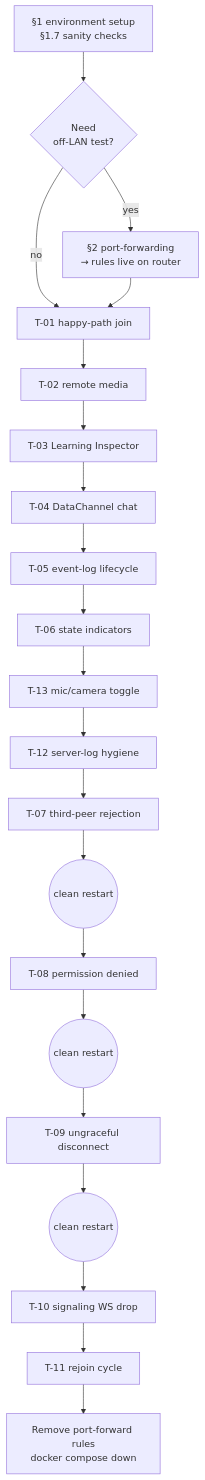
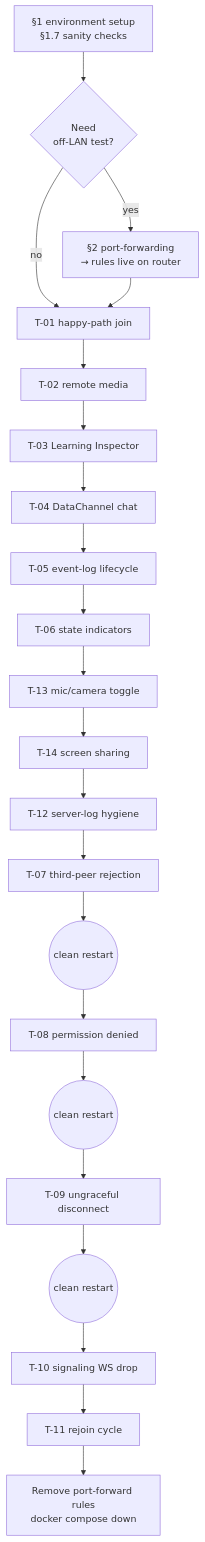
One commit to Dr-KoKo/webrtc-in-action changed the fifth of 5 diagrams in docs/manual-tests/two-browser-test.md. Above: the diagram before and after it, drawn with Mermaid. The commit also changed other lines of this file and 1 other file, not shown here.

````diff
--- a/docs/manual-tests/two-browser-test.md
+++ b/docs/manual-tests/two-browser-test.md
@@ -592,23 +639,24 @@
 ```mermaid
 flowchart TD
     S[§1 environment setup<br/>§1.7 sanity checks] --> PF{Need<br/>off-LAN test?}
     PF -- no --> T01[T-01 happy-path join]
     PF -- yes --> PFSET[§2 port-forwarding<br/>→ rules live on router]
     PFSET --> T01
     T01 --> T02[T-02 remote media]
     T02 --> T03[T-03 Learning Inspector]
     T03 --> T04[T-04 DataChannel chat]
     T04 --> T05[T-05 event-log lifecycle]
     T05 --> T06[T-06 state indicators]
     T06 --> T13[T-13 mic/camera toggle]
-    T13 --> T12[T-12 server-log hygiene]
+    T13 --> T14[T-14 screen sharing]
+    T14 --> T12[T-12 server-log hygiene]
     T12 --> T07[T-07 third-peer rejection]
     T07 --> R1((clean restart))
     R1 --> T08[T-08 permission denied]
     T08 --> R2((clean restart))
     R2 --> T09[T-09 ungraceful disconnect]
     T09 --> R3((clean restart))
     R3 --> T10[T-10 signaling WS drop]
     T10 --> T11[T-11 rejoin cycle]
     T11 --> DONE[Remove port-forward rules<br/>docker compose down]
 ```
````
